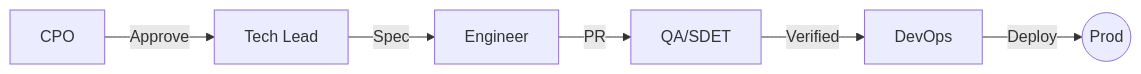
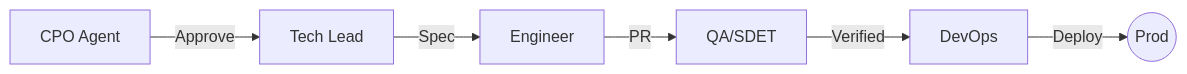
Before and after one commit to carluxdevs/AgentOS: the diagram in workflows/feature_delivery.md, drawn with Mermaid. The commit also changed other lines of this file and 20 other files, not shown here.

````diff
--- a/workflows/feature_delivery.md
+++ b/workflows/feature_delivery.md
@@ -3,8 +5,8 @@
 ```mermaid
 graph LR
-    CPO[CPO] -- "Approve" --> TL[Tech Lead]
+    CPO[CPO Agent] -- "Approve" --> TL[Tech Lead]
     TL -- "Spec" --> DEV[Engineer]
     DEV -- "PR" --> QA[QA/SDET]
     QA -- "Verified" --> DEVOPS[DevOps]
     DEVOPS -- "Deploy" --> PROD((Prod))
 ```
````
